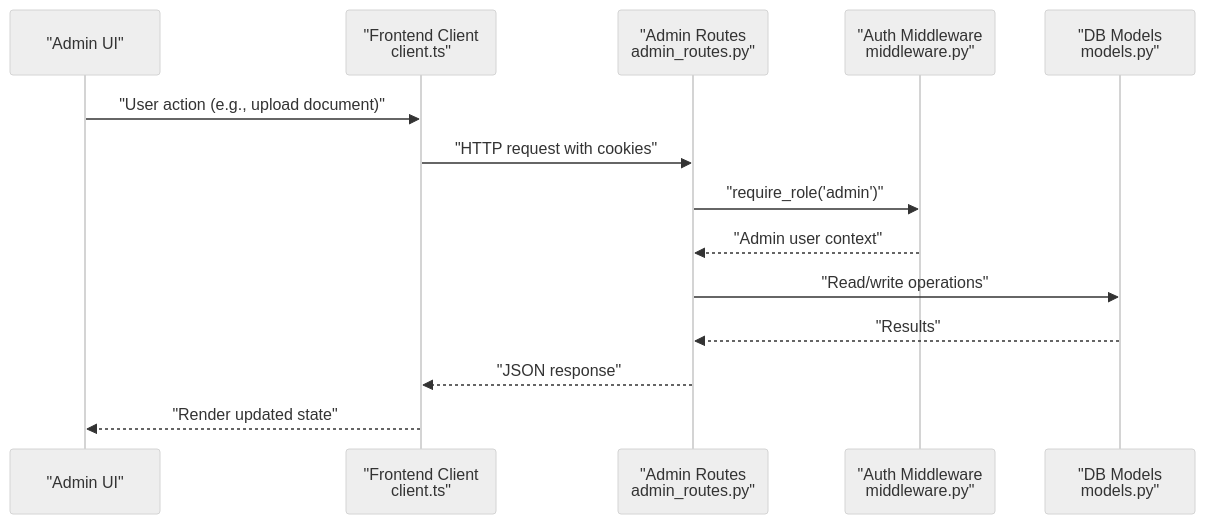
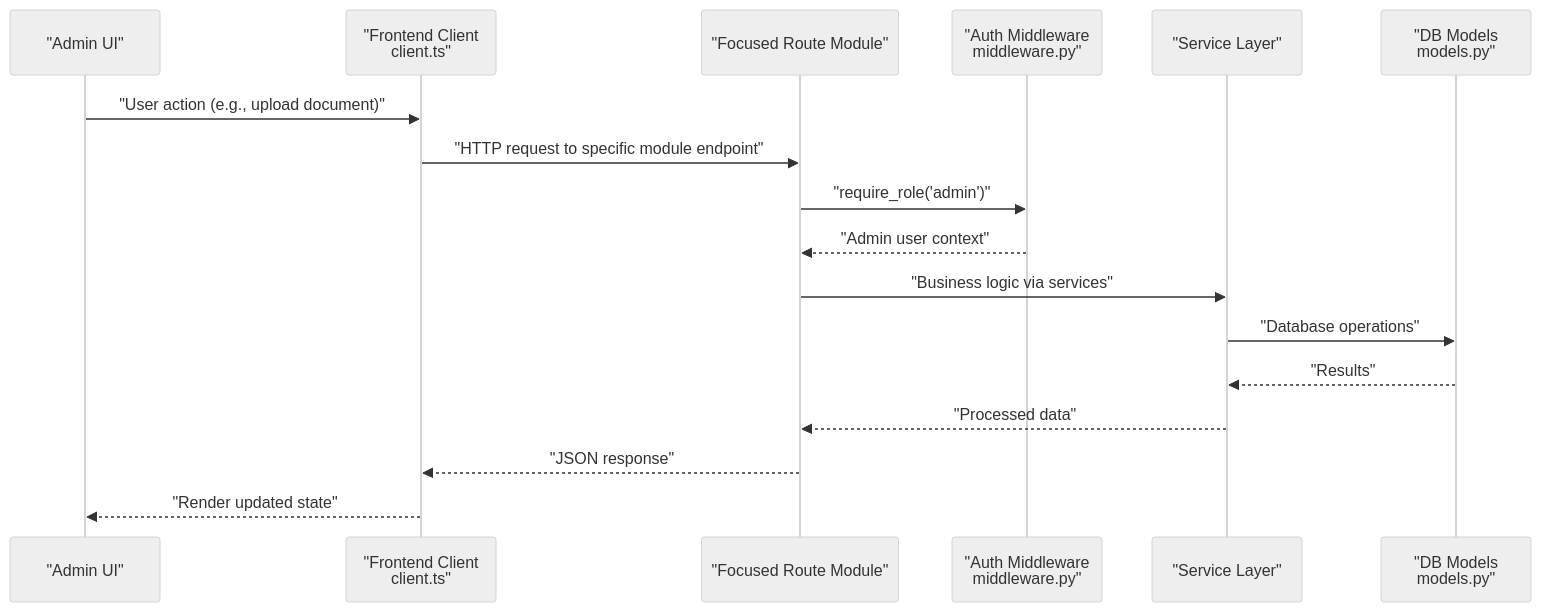
The second of 7 diagrams in .qoder/repowiki/en/content/Backend Development/API Endpoints/Admin Endpoints.md (genes8/private-ai), drawn with Mermaid (neutral theme) before and after one commit. The commit also changed other lines of this file and 55 other files, not shown here.

````diff
--- a/.qoder/repowiki/en/content/Backend Development/API Endpoints/Admin Endpoints.md
+++ b/.qoder/repowiki/en/content/Backend Development/API Endpoints/Admin Endpoints.md
@@ -120,16 +158,19 @@
 ```mermaid
 sequenceDiagram
 participant Admin as "Admin UI"
 participant Client as "Frontend Client<br/>client.ts"
-participant API as "Admin Routes<br/>admin_routes.py"
+participant Module as "Focused Route Module"
 participant Auth as "Auth Middleware<br/>middleware.py"
+participant Service as "Service Layer"
 participant DB as "DB Models<br/>models.py"
 Admin->>Client : "User action (e.g., upload document)"
-Client->>API : "HTTP request with cookies"
-API->>Auth : "require_role('admin')"
-Auth-->>API : "Admin user context"
-API->>DB : "Read/write operations"
-DB-->>API : "Results"
-API-->>Client : "JSON response"
+Client->>Module : "HTTP request to specific module endpoint"
+Module->>Auth : "require_role('admin')"
+Auth-->>Module : "Admin user context"
+Module->>Service : "Business logic via services"
+Service->>DB : "Database operations"
+DB-->>Service : "Results"
+Service-->>Module : "Processed data"
+Module-->>Client : "JSON response"
 Client-->>Admin : "Render updated state"
 ```
````
